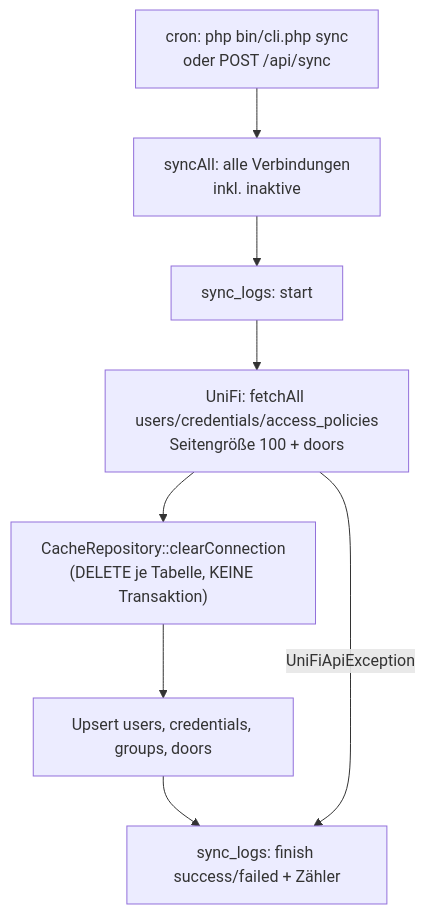
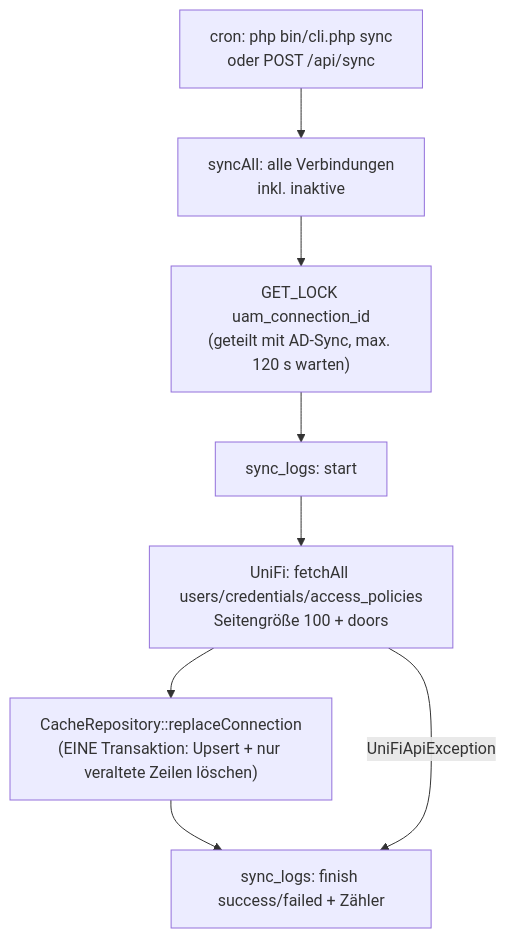
One commit to dareinelt/accessmanager changed the fifth of 7 diagrams in agentsindex.md. Above: the diagram before and after it, drawn with Mermaid. The commit also changed other lines of this file and 25 other files, not shown here.

First line of the commit message:
Sync-Sicherheit: transaktionaler Cache, AD-Offboarding, Duplikatschutz, MySQL 8

````diff
--- a/agentsindex.md
+++ b/agentsindex.md
@@ -501,10 +506,10 @@
 ```mermaid
 flowchart TD
     A[cron: php bin/cli.php sync<br/>oder POST /api/sync] --> B[syncAll: alle Verbindungen<br/>inkl. inaktive]
-    B --> C[sync_logs: start]
+    B --> L["GET_LOCK uam_connection_id<br/>(geteilt mit AD-Sync, max. 120 s warten)"]
+    L --> C[sync_logs: start]
     C --> D[UniFi: fetchAll users/credentials/access_policies<br/>Seitengröße 100 + doors]
-    D --> E["CacheRepository::clearConnection<br/>(DELETE je Tabelle, KEINE Transaktion)"]
-    E --> F[Upsert users, credentials, groups, doors]
-    F --> G[sync_logs: finish success/failed + Zähler]
+    D --> E["CacheRepository::replaceConnection<br/>(EINE Transaktion: Upsert + nur veraltete Zeilen löschen)"]
+    E --> G[sync_logs: finish success/failed + Zähler]
     D -- UniFiApiException --> G
 ```
````
